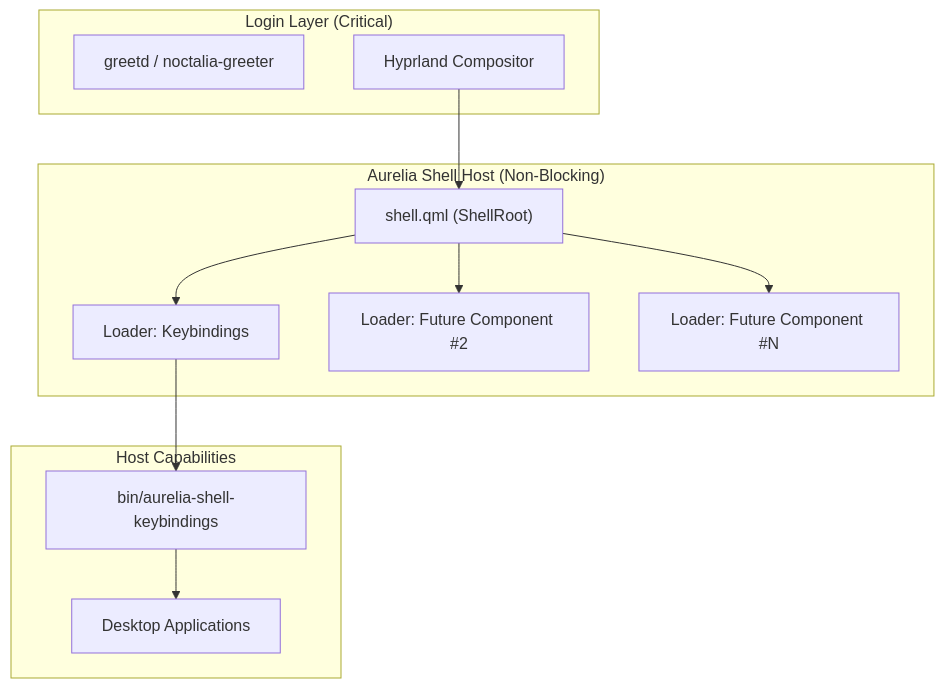
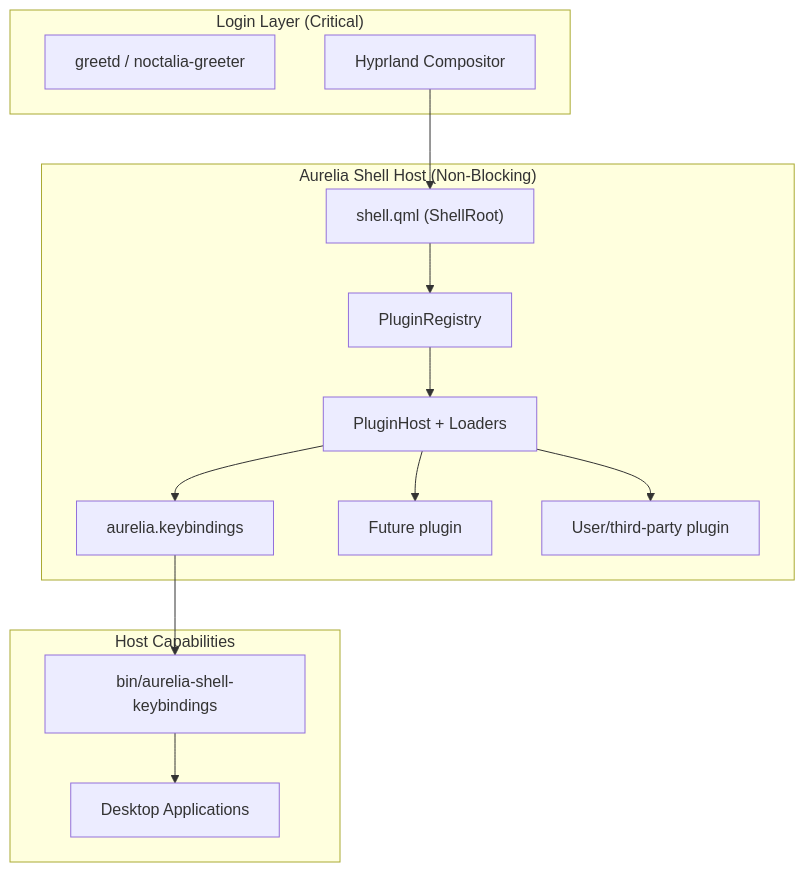
The second of 2 diagrams in docs/aurelia-shell-architecture.md (kk18888678/fedora-hyprland-workstation), drawn with Mermaid before and after one commit. The commit also changed other lines of this file and 165 other files, not shown here.

Commit message:
feat(aurelia): establish resident plugin shell architecture

````diff
--- a/docs/aurelia-shell-architecture.md
+++ b/docs/aurelia-shell-architecture.md
@@ -136,26 +151,30 @@
 ```mermaid
 graph TD
     subgraph "Login Layer (Critical)"
         Greetd["greetd / noctalia-greeter"]
         Hyprland["Hyprland Compositor"]
     end
 
     subgraph "Aurelia Shell Host (Non-Blocking)"
         ShellRoot["shell.qml (ShellRoot)"]
-        Comp1["Loader: Keybindings"]
-        Comp2["Loader: Future Component #2"]
-        CompN["Loader: Future Component #N"]
+        Registry["PluginRegistry"]
+        Host["PluginHost + Loaders"]
+        Comp1["aurelia.keybindings"]
+        Comp2["Future plugin"]
+        CompN["User/third-party plugin"]
     end
 
     subgraph "Host Capabilities"
         Backend["bin/aurelia-shell-keybindings"]
         Apps["Desktop Applications"]
     end
 
     Hyprland --> ShellRoot
-    ShellRoot --> Comp1
-    ShellRoot --> Comp2
-    ShellRoot --> CompN
+    ShellRoot --> Registry
+    Registry --> Host
+    Host --> Comp1
+    Host --> Comp2
+    Host --> CompN
     Comp1 --> Backend
     Backend --> Apps
 ```
````
